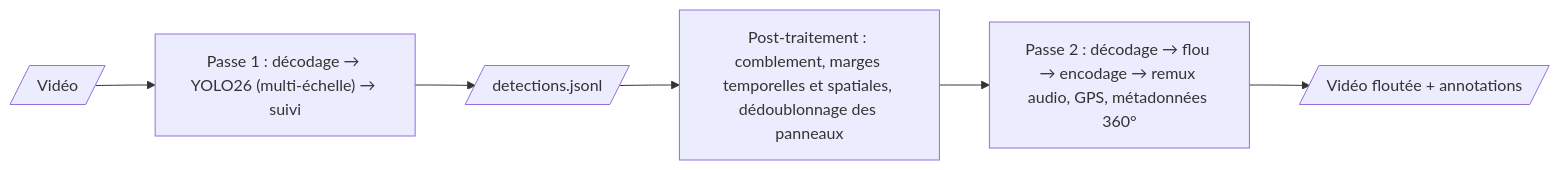
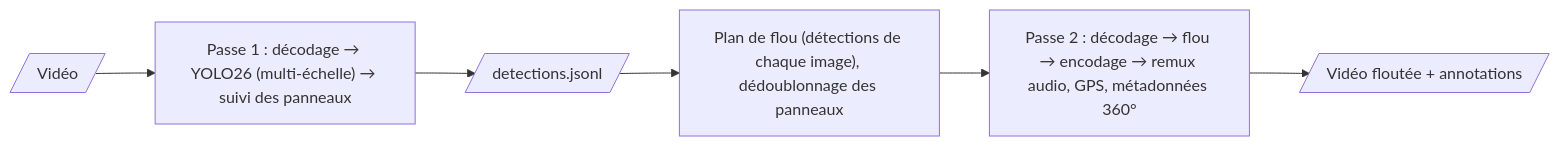
The diagram in README.fr.md (KylianAUBRY/SGBlur_Video), drawn with Mermaid before and after one commit. The commit also changed other lines of this file and 66 other files, not shown here.

````diff
--- a/README.fr.md
+++ b/README.fr.md
@@ -31,8 +31,8 @@
 ```mermaid
 flowchart LR
-    v[/Vidéo/] --> a["Passe 1 : décodage → YOLO26 (multi-échelle) → suivi"]
+    v[/Vidéo/] --> a["Passe 1 : décodage → YOLO26 (multi-échelle) → suivi des panneaux"]
     a --> j[/detections.jsonl/]
-    j --> p["Post-traitement : comblement, marges temporelles et spatiales, dédoublonnage des panneaux"]
+    j --> p["Plan de flou (détections de chaque image), dédoublonnage des panneaux"]
     p --> r["Passe 2 : décodage → flou → encodage → remux audio, GPS, métadonnées 360°"]
     r --> o[/Vidéo floutée + annotations/]
 ```
````
